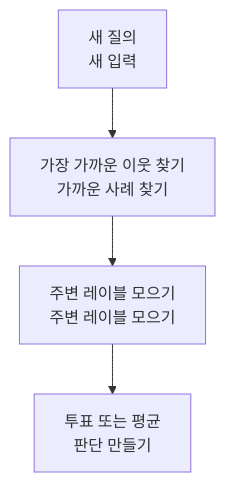
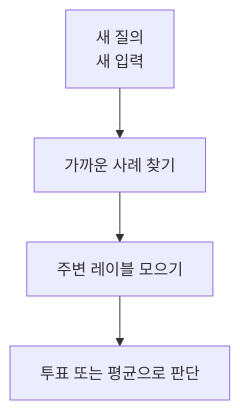
Before and after one commit to devchan64/AiBook: the diagram in docs/assets/part-04/chapter-12/p4-12-1-mermaid-01-ko.mmd, drawn with Mermaid. The commit also changed 37 other files, not shown here.

```diff
--- a/docs/assets/part-04/chapter-12/p4-12-1-mermaid-01-ko.mmd
+++ b/docs/assets/part-04/chapter-12/p4-12-1-mermaid-01-ko.mmd
@@ -1,7 +1,7 @@
 flowchart TD
   A["새 질의<br/>새 입력"]
-  B["가장 가까운 이웃 찾기<br/>가까운 사례 찾기"]
-  C["주변 레이블 모으기<br/>주변 레이블 모으기"]
-  D["투표 또는 평균<br/>판단 만들기"]
+  B["가까운 사례 찾기"]
+  C["주변 레이블 모으기"]
+  D["투표 또는 평균으로 판단"]
 
   A --> B --> C --> D
```
